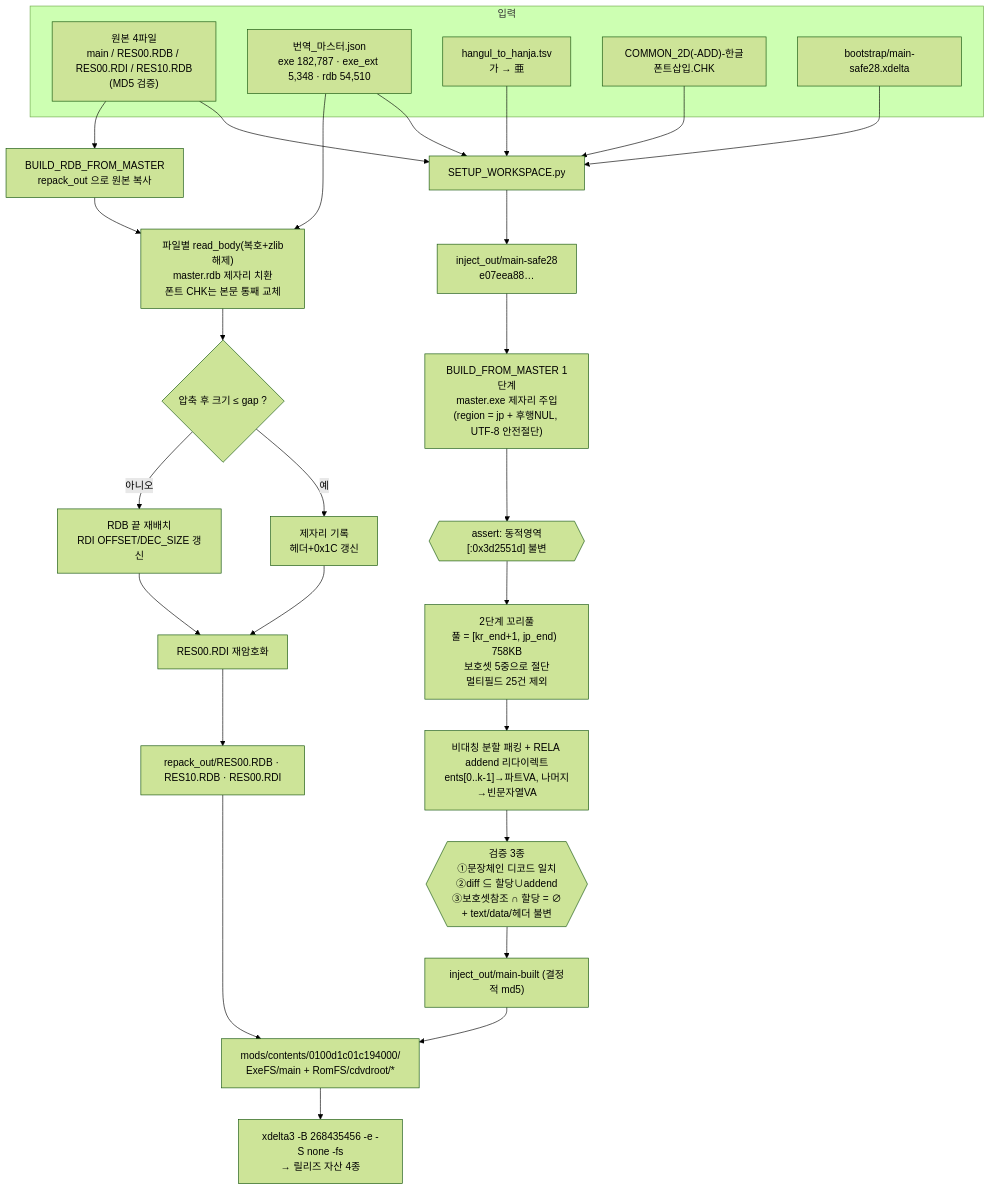
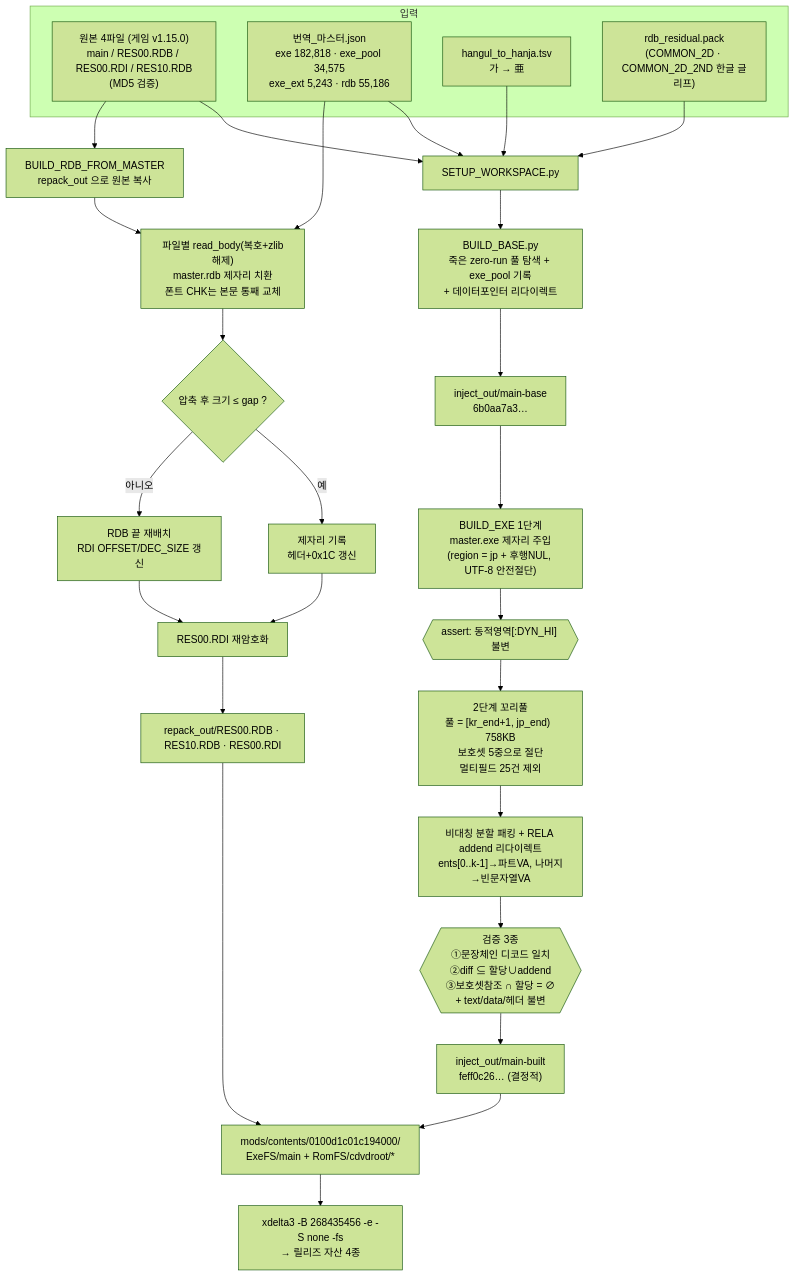
Before and after one commit to snake7594/Switch-Pawapuro2024-KR: the diagram in docs/ARCHITECTURE.md, drawn with Mermaid (forest theme). The commit also changed other lines of this file and 28 other files, not shown here.

````diff
--- a/docs/ARCHITECTURE.md
+++ b/docs/ARCHITECTURE.md
@@ -596,38 +615,37 @@
 ```mermaid
 flowchart TD
     subgraph 입력
-      ORIG["원본 4파일<br/>main / RES00.RDB / RES00.RDI / RES10.RDB<br/>(MD5 검증)"]
-      MASTER["번역_마스터.json<br/>exe 182,787 · exe_ext 5,348 · rdb 54,510"]
+      ORIG["원본 4파일 (게임 v1.15.0)<br/>main / RES00.RDB / RES00.RDI / RES10.RDB<br/>(MD5 검증)"]
+      MASTER["번역_마스터.json<br/>exe 182,818 · exe_pool 34,575<br/>exe_ext 5,243 · rdb 55,186"]
       TSV["hangul_to_hanja.tsv<br/>가 → 亜"]
-      FONT["COMMON_2D(-ADD)-한글폰트삽입.CHK"]
-      BOOT["bootstrap/main-safe28.xdelta"]
+      FONT["rdb_residual.pack<br/>(COMMON_2D · COMMON_2D_2ND 한글 글리프)"]
     end
 
     ORIG --> SETUP[SETUP_WORKSPACE.py]
-    BOOT --> SETUP
     MASTER --> SETUP
     TSV --> SETUP
     FONT --> SETUP
-    SETUP --> S28["inject_out/main-safe28<br/>e07eea88…"]
+    SETUP --> BASE0["BUILD_BASE.py<br/>죽은 zero-run 풀 탐색 + exe_pool 기록<br/>+ 데이터포인터 리다이렉트"]
+    BASE0 --> S28["inject_out/main-base<br/>6b0aa7a3…"]
 
-    S28 --> B1["BUILD_FROM_MASTER 1단계<br/>master.exe 제자리 주입<br/>(region = jp + 후행NUL, UTF-8 안전절단)"]
-    B1 --> ASSERT1{{"assert: 동적영역[:0x3d2551d] 불변"}}
+    S28 --> B1["BUILD_EXE 1단계<br/>master.exe 제자리 주입<br/>(region = jp + 후행NUL, UTF-8 안전절단)"]
+    B1 --> ASSERT1{{"assert: 동적영역[:DYN_HI] 불변"}}
     ASSERT1 --> B2["2단계 꼬리풀<br/>풀 = [kr_end+1, jp_end)  758KB<br/>보호셋 5중으로 절단<br/>멀티필드 25건 제외"]
     B2 --> B3["비대칭 분할 패킹 + RELA addend 리다이렉트<br/>ents[0..k-1]→파트VA, 나머지→빈문자열VA"]
     B3 --> B4{{"검증 3종<br/>①문장체인 디코드 일치<br/>②diff ⊆ 할당∪addend<br/>③보호셋참조 ∩ 할당 = ∅<br/>+ text/data/헤더 불변"}}
-    B4 --> EXE["inject_out/main-built (결정적 md5)"]
+    B4 --> EXE["inject_out/main-built<br/>feff0c26… (결정적)"]
 
     ORIG --> R1["BUILD_RDB_FROM_MASTER<br/>repack_out 으로 원본 복사"]
     MASTER --> R2
     R1 --> R2["파일별 read_body(복호+zlib해제)<br/>master.rdb 제자리 치환<br/>폰트 CHK는 본문 통째 교체"]
     R2 --> R3{"압축 후 크기 ≤ gap ?"}
     R3 -- 예 --> R4["제자리 기록<br/>헤더+0x1C 갱신"]
     R3 -- 아니오 --> R5["RDB 끝 재배치<br/>RDI OFFSET/DEC_SIZE 갱신"]
     R4 --> RDI["RES00.RDI 재암호화"]
     R5 --> RDI
     RDI --> RDB["repack_out/RES00.RDB · RES10.RDB · RES00.RDI"]
 
     EXE --> DEPLOY["mods/contents/0100d1c01c194000/<br/>ExeFS/main + RomFS/cdvdroot/*"]
     RDB --> DEPLOY
     DEPLOY --> XD["xdelta3 -B 268435456 -e -S none -fs<br/>→ 릴리즈 자산 4종"]
 ```
````
